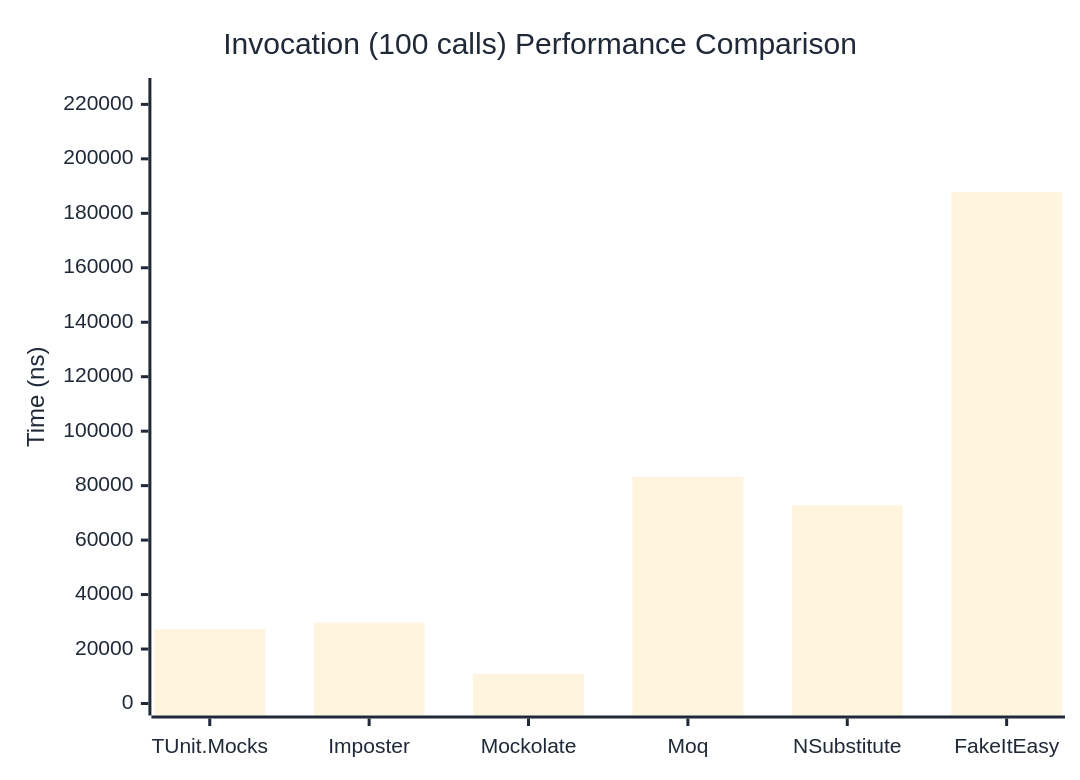
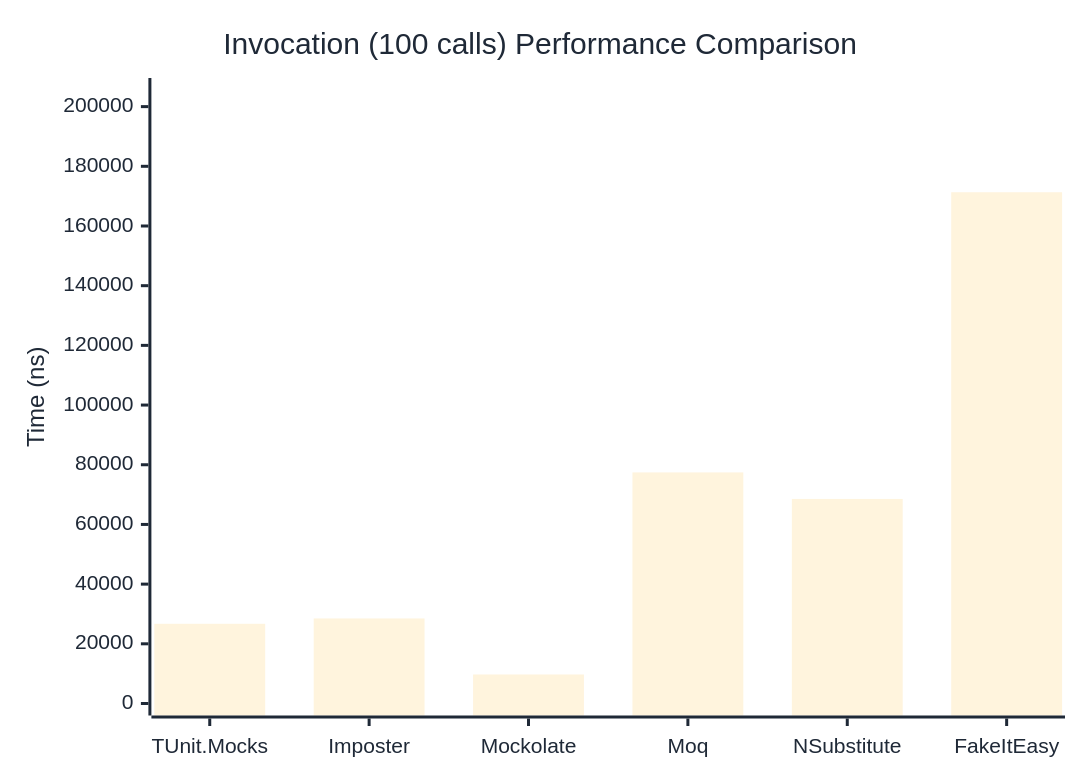
Before and after one commit to thomhurst/TUnit: the third of 3 diagrams in docs/docs/benchmarks/mocks/Invocation.md, drawn with Mermaid. The commit also changed other lines of this file and 14 other files, not shown here.

````diff
--- a/docs/docs/benchmarks/mocks/Invocation.md
+++ b/docs/docs/benchmarks/mocks/Invocation.md
@@ -112,27 +112,27 @@
 ```mermaid
 %%{init: {
   'theme':'base',
   'themeVariables': {
     'primaryColor': '#2563eb',
     'primaryTextColor': '#1f2937',
     'primaryBorderColor': '#1e40af',
     'lineColor': '#6b7280',
     'secondaryColor': '#7c3aed',
     'tertiaryColor': '#dc2626',
     'background': '#ffffff',
     'pie1': '#2563eb',
     'pie2': '#7c3aed',
     'pie3': '#dc2626',
     'pie4': '#f59e0b',
     'pie5': '#10b981',
     'pie6': '#06b6d4',
     'pie7': '#ec4899',
     'pie8': '#6366f1'
   }
 }}%%
 xychart-beta
   title "Invocation (100 calls) Performance Comparison"
   x-axis ["TUnit.Mocks", "Imposter", "Mockolate", "Moq", "NSubstitute", "FakeItEasy"]
-  y-axis "Time (ns)" 0 --> 225278
-  bar [27285.3, 29727, 10893, 83250.9, 72782.9, 187730.9]
+  y-axis "Time (ns)" 0 --> 205569
+  bar [26710.31, 28496.53, 9726.67, 77431.14, 68544.95, 171307.5]
 ```
````
